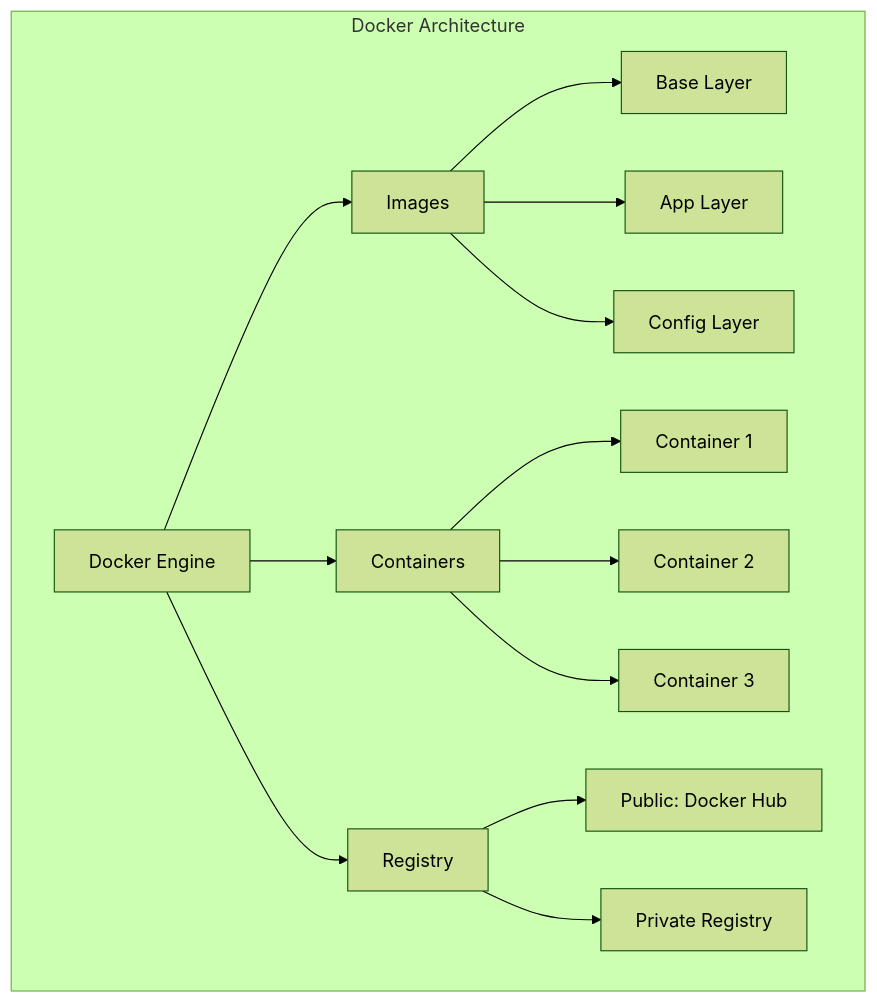
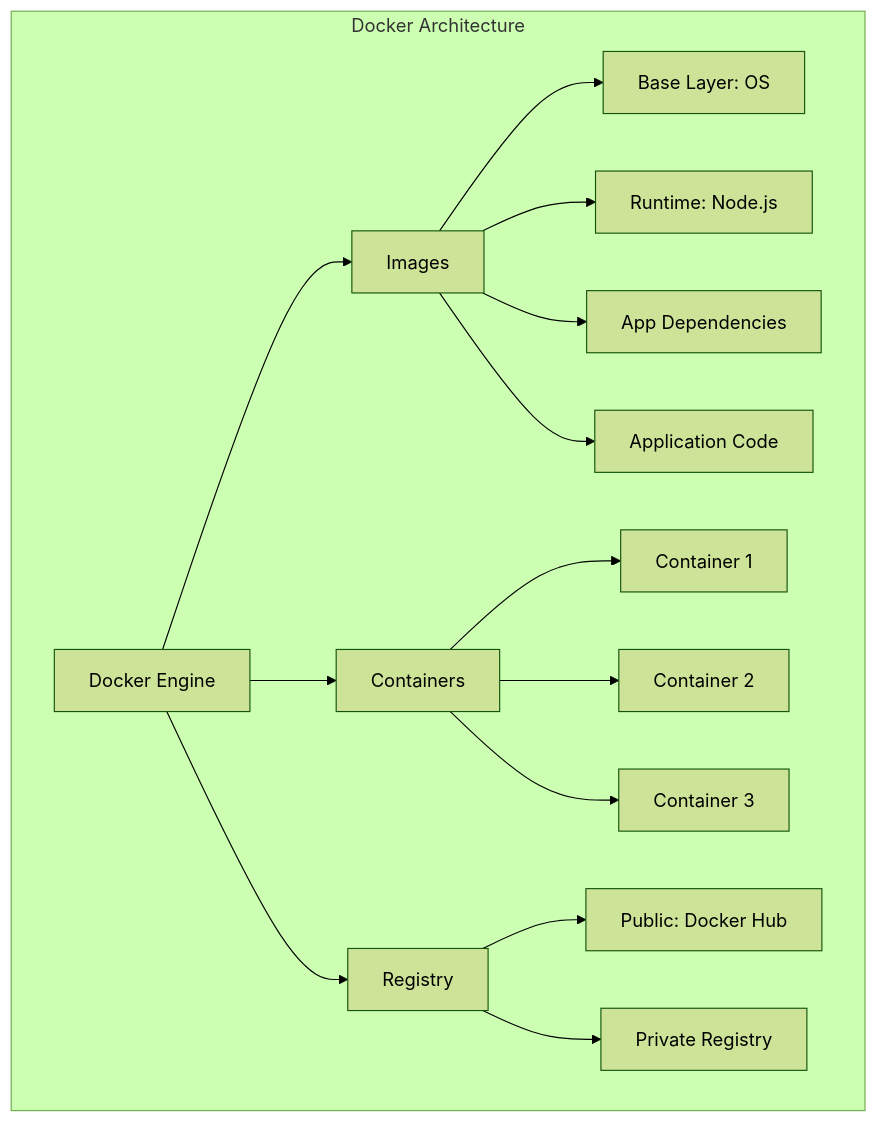
Before and after one commit to Raushan666java/ai-engineering-journey: the fourth of 6 diagrams in docs/courses/software-engineering/12-devops-cicd.md, drawn with Mermaid (forest theme). The commit also changed other lines of this file and 15 other files, not shown here.

Commit message:
deploy: software-engineering overhaul - 16 chapters expanded to avg 1284L (+7649L), richer Mermaid, more TS, deeper content

````diff
--- a/docs/courses/software-engineering/12-devops-cicd.md
+++ b/docs/courses/software-engineering/12-devops-cicd.md
@@ -120,19 +155,20 @@
 ```mermaid
 graph TD
     subgraph "Docker Architecture"
         DOCKER[Docker Engine] --> IMG[Images]
         DOCKER --> CONT[Containers]
         DOCKER --> REG[Registry]
         
-        IMG --> L1[Base Layer]
-        IMG --> L2[App Layer]
-        IMG --> L3[Config Layer]
+        IMG --> L1[Base Layer: OS]
+        IMG --> L2[Runtime: Node.js]
+        IMG --> L3[App Dependencies]
+        IMG --> L4[Application Code]
         
         CONT --> C1[Container 1]
         CONT --> C2[Container 2]
         CONT --> C3[Container 3]
         
         REG --> PUB[Public: Docker Hub]
         REG --> PRIV[Private Registry]
     end
 ```
````
